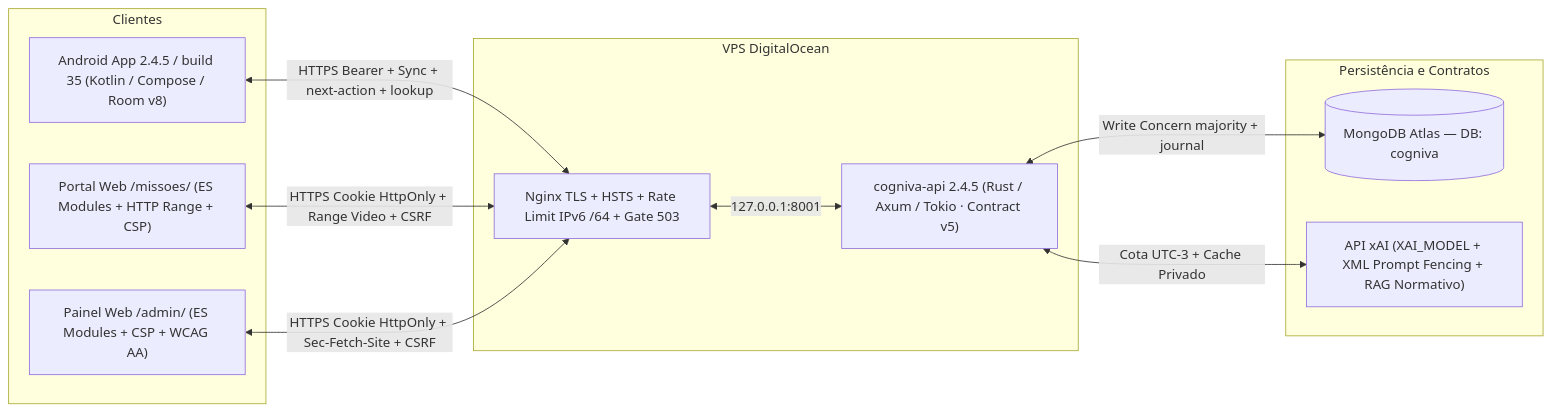
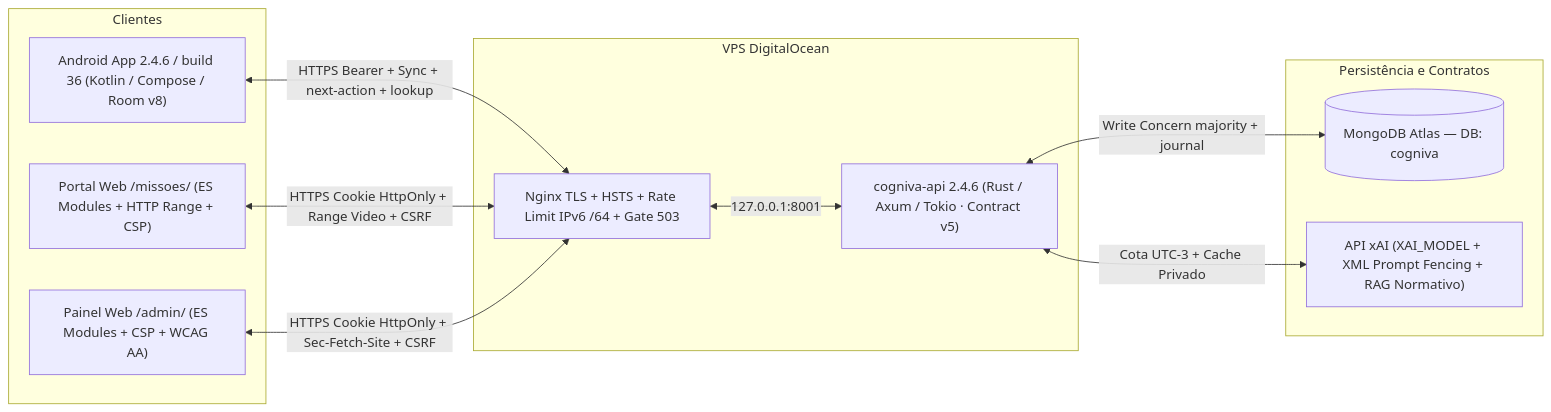
Before and after one commit to danielcdes-create/cogniva: the diagram in docs/ARQUITETURA.md, drawn with Mermaid. The commit also changed other lines of this file and 73 other files, not shown here.

````diff
--- a/docs/ARQUITETURA.md
+++ b/docs/ARQUITETURA.md
@@ -9,25 +9,25 @@
 ```mermaid
 flowchart LR
   subgraph Clientes
-    AND["Android App 2.4.5 / build 35 (Kotlin / Compose / Room v8)"]
+    AND["Android App 2.4.6 / build 36 (Kotlin / Compose / Room v8)"]
     MIS["Portal Web /missoes/ (ES Modules + HTTP Range + CSP)"]
     ADM["Painel Web /admin/ (ES Modules + CSP + WCAG AA)"]
   end
 
   subgraph Servidor["VPS DigitalOcean"]
     NGX["Nginx TLS + HSTS + Rate Limit IPv6 /64 + Gate 503"]
-    API["cogniva-api 2.4.5 (Rust / Axum / Tokio · Contract v5)"]
+    API["cogniva-api 2.4.6 (Rust / Axum / Tokio · Contract v5)"]
   end
 
   subgraph Dados["Persistência e Contratos"]
     MDB[("MongoDB Atlas — DB: cogniva")]
     XAI["API xAI (XAI_MODEL + XML Prompt Fencing + RAG Normativo)"]
   end
 
   AND <-->|"HTTPS Bearer + Sync + next-action + lookup"| NGX
   MIS <-->|"HTTPS Cookie HttpOnly + Range Video + CSRF"| NGX
   ADM <-->|"HTTPS Cookie HttpOnly + Sec-Fetch-Site + CSRF"| NGX
   NGX <-->|"127.0.0.1:8001"| API
   API <-->|"Write Concern majority + journal"| MDB
   API <-->|"Cota UTC-3 + Cache Privado"| XAI
 ```
````
